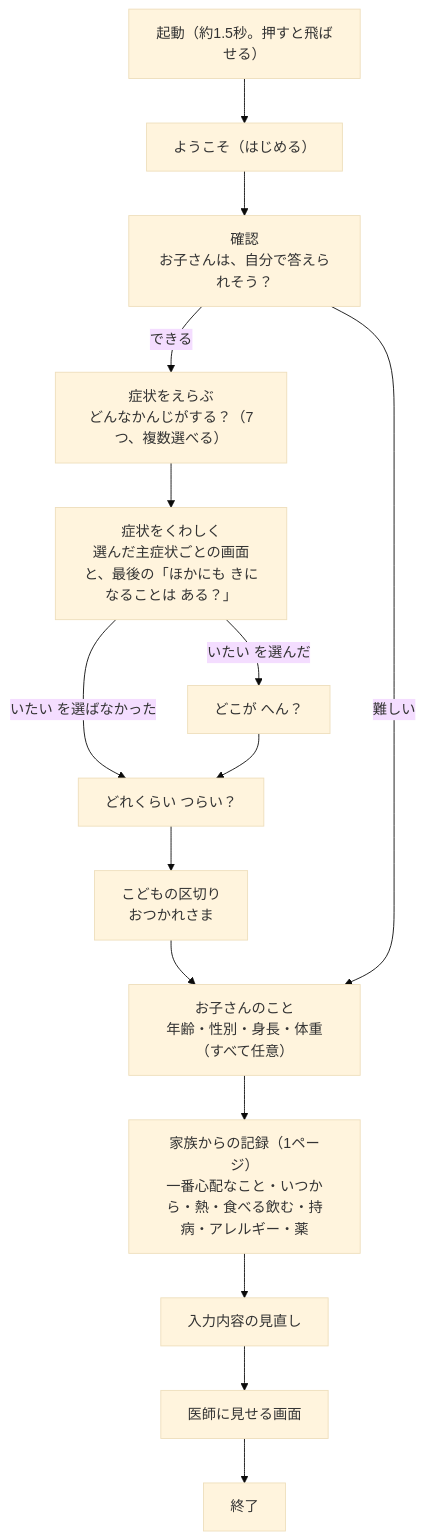
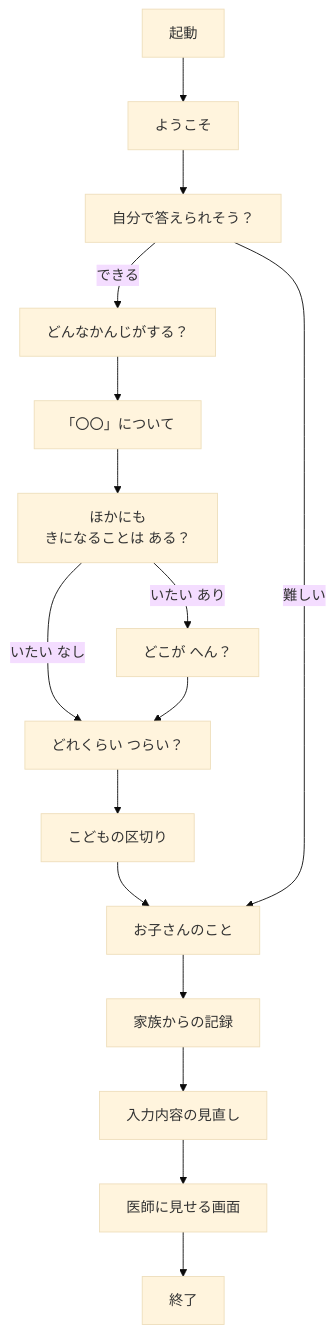
The first of 2 diagrams in README.md (Devfest-Hackathon-2026/df-2026-t188), drawn with Mermaid (base theme) before and after one commit. The commit also changed other lines of this file and 4 other files, not shown here.

````diff
--- a/README.md
+++ b/README.md
@@ -29,17 +46,18 @@
 ```mermaid
 flowchart TD
-  S["起動（約1.5秒。押すと飛ばせる）"] --> A["ようこそ（はじめる）"]
-  A --> B["確認<br/>お子さんは、自分で答えられそう？"]
-  B -- "できる" --> C1["症状をえらぶ<br/>どんなかんじがする？（7つ、複数選べる）"]
-  C1 --> C2["症状をくわしく<br/>選んだ主症状ごとの画面と、最後の「ほかにも きになることは ある？」"]
-  C2 -- "いたい を選んだ" --> C3["どこが へん？"]
-  C2 -- "いたい を選ばなかった" --> C4
-  C3 --> C4["どれくらい つらい？"]
-  C4 --> K["こどもの区切り<br/>おつかれさま"]
-  K --> D1
-  B -- "難しい" --> D1["お子さんのこと<br/>年齢・性別・身長・体重（すべて任意）"]
-  D1 --> D2["家族からの記録（1ページ）<br/>一番心配なこと・いつから・熱・食べる飲む・持病・アレルギー・薬"]
+  S["起動"] --> A["ようこそ"]
+  A --> B["自分で答えられそう？"]
+  B -- "できる" --> C1["どんなかんじがする？"]
+  C1 --> C2["「〇〇」について"]
+  C2 --> C3["ほかにも<br/>きになることは ある？"]
+  C3 -- "いたい あり" --> C4["どこが へん？"]
+  C3 -- "いたい なし" --> C5["どれくらい つらい？"]
+  C4 --> C5
+  C5 --> K["こどもの区切り"]
+  K --> D1["お子さんのこと"]
+  B -- "難しい" --> D1
+  D1 --> D2["家族からの記録"]
   D2 --> E["入力内容の見直し"]
   E --> F["医師に見せる画面"]
   F --> G["終了"]
 ```
````
